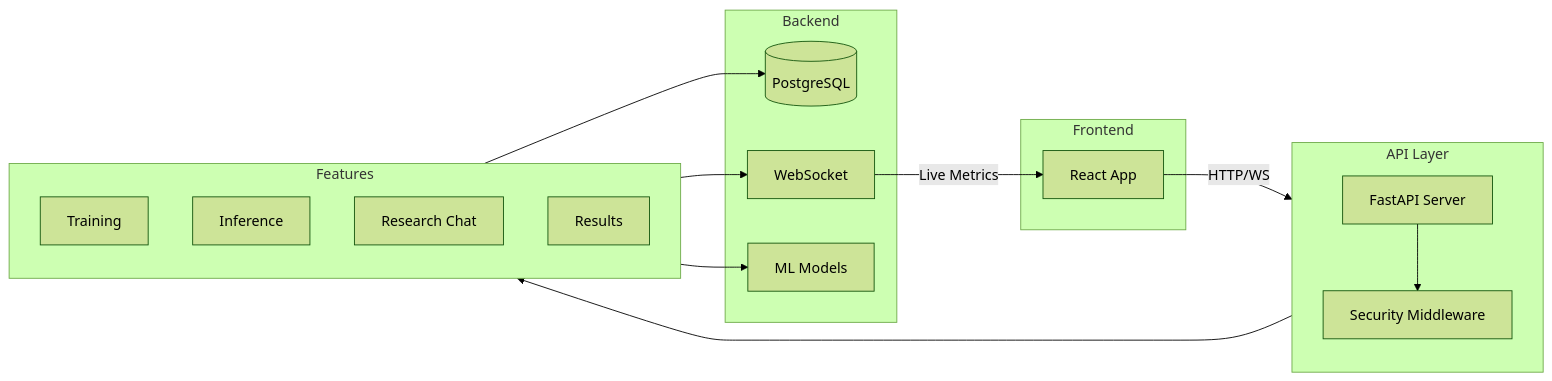
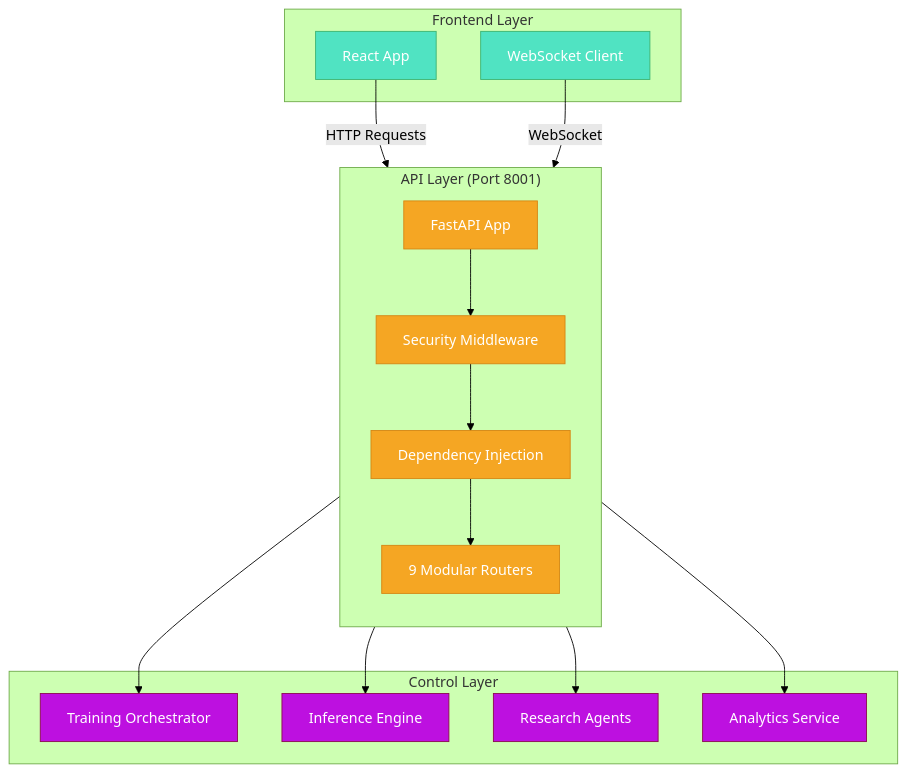
The first of 6 diagrams in federated_pneumonia_detection/src/api/README.md (h19overflow/federated_learning), drawn with Mermaid (forest theme) before and after one commit. The commit also changed other lines of this file and 8 other files, not shown here.

````diff
--- a/federated_pneumonia_detection/src/api/README.md
+++ b/federated_pneumonia_detection/src/api/README.md
@@ -7,32 +20,40 @@
 ```mermaid
-flowchart LR
-    subgraph Frontend
+flowchart TB
+    subgraph Frontend["Frontend Layer"]
         UI[React App]
+        WS[WebSocket Client]
     end
 
-    subgraph API["API Layer"]
+    subgraph API["API Layer (Port 8001)"]
         direction TB
-        Main[FastAPI Server]
+        App[FastAPI App]
         MW[Security Middleware]
+        DI[Dependency Injection]
+        Routers[9 Modular Routers]
     end
 
-    subgraph Features
-        Train[Training]
-        Infer[Inference]
-        Chat[Research Chat]
-        Runs[Results]
+    subgraph Control["Control Layer"]
+        Train[Training Orchestrator]
+        Infer[Inference Engine]
+        Agent[Research Agents]
+        Analytics[Analytics Service]
     end
 
-    subgraph Backend
-        DB[(PostgreSQL)]
-        WS[WebSocket]
-        Model[ML Models]
-    end
+    UI -->|HTTP Requests| App
+    WS -->|WebSocket| App
+    App --> MW
+    MW --> DI
+    DI --> Routers
+    Routers --> Train
+    Routers --> Infer
+    Routers --> Agent
+    Routers --> Analytics
 
-    UI -->|HTTP/WS| Main
-    Main --> MW --> Features
-    Features --> DB
-    Features --> WS
-    Features --> Model
-    WS -->|Live Metrics| UI
+    classDef api fill:#F5A623,stroke:#D58512,color:#fff
+    classDef frontend fill:#50E3C2,stroke:#3CB371,color:#fff
+    classDef control fill:#BD10E0,stroke:#8B0A50,color:#fff
+
+    class App,MW,DI,Routers api
+    class UI,WS frontend
+    class Train,Infer,Agent,Analytics control
 ```
````
